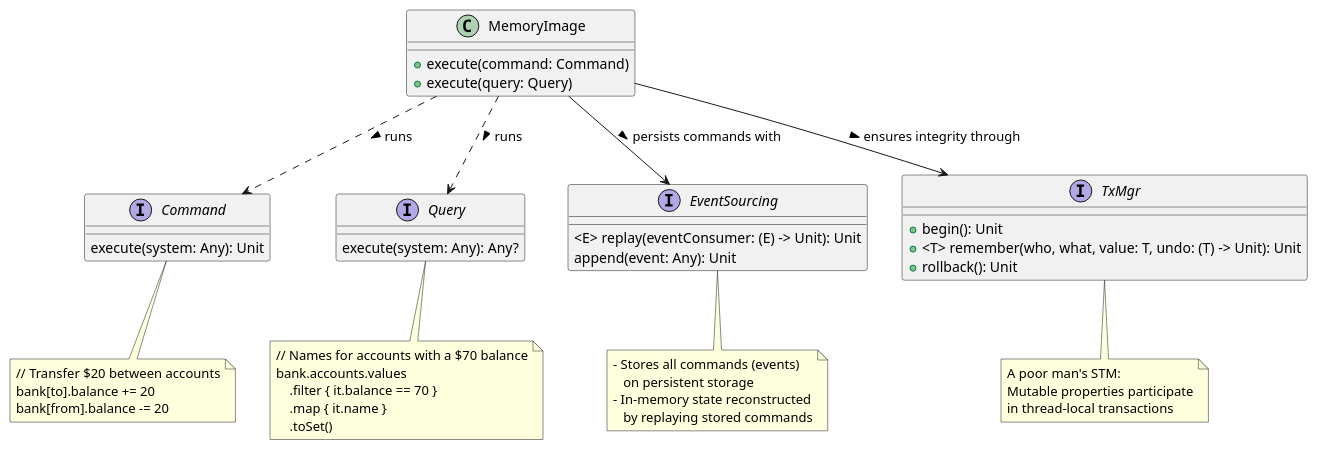
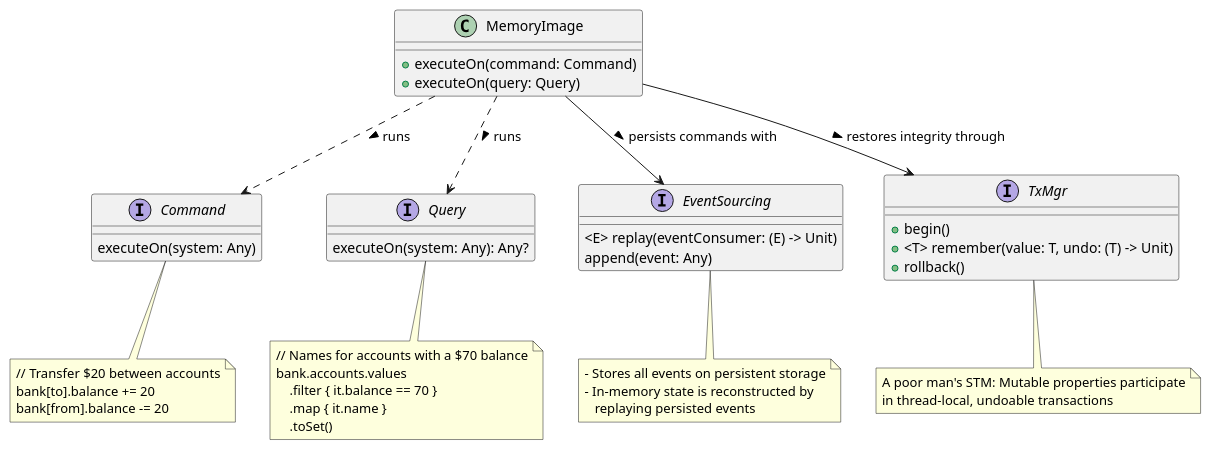
The diagram in kmemimg.puml (xrrocha/kmemimg), drawn with PlantUML before and after one commit. The commit also changed 8 other files, not shown here.

```diff
--- a/kmemimg.puml
+++ b/kmemimg.puml
@@ -1,57 +1,55 @@
 @startuml
 
 together {
     interface Command {
-        execute(system: Any): Unit
+        executeOn(system: Any)
     }
     note bottom of Command
         // Transfer $20 between accounts
         bank[to].balance += 20
         bank[from].balance -= 20
     end note
 
     interface Query {
-        execute(system: Any): Any?
+        executeOn(system: Any): Any?
     }
     note bottom of Query
         // Names for accounts with a $70 balance
         bank.accounts.values
             .filter { it.balance == 70 }
             .map { it.name }
             .toSet()
     end note
 }
 
 together {
     interface EventSourcing {
-        <E> replay(eventConsumer: (E) -> Unit): Unit
-        append(event: Any): Unit
+        <E> replay(eventConsumer: (E) -> Unit)
+        append(event: Any)
     }
     note bottom of EventSourcing
-        - Stores all commands (events)
-           on persistent storage
-        - In-memory state reconstructed
-           by replaying stored commands
+        - Stores all events on persistent storage
+        - In-memory state is reconstructed by
+           replaying persisted events
     end note
     interface TxMgr {
-        + begin(): Unit
-        + <T> remember(who, what, value: T, undo: (T) -> Unit): Unit
-        + rollback(): Unit
+        + begin()
+        + <T> remember(value: T, undo: (T) -> Unit)
+        + rollback()
     }
     note bottom of TxMgr
-        A poor man's STM:
-        Mutable properties participate
-        in thread-local transactions
+        A poor man's STM: Mutable properties participate
+        in thread-local, undoable transactions
     end note
 }
 
 class MemoryImage {
-    + execute(command: Command)
-    + execute(query: Query)
+    + executeOn(command: Command)
+    + executeOn(query: Query)
 }
 MemoryImage ..> Command: runs >
 MemoryImage ..> Query: runs >
 MemoryImage --> EventSourcing: persists commands with >
-MemoryImage --> TxMgr: ensures integrity through >
+MemoryImage --> TxMgr: restores integrity through >
 
 @enduml
```
